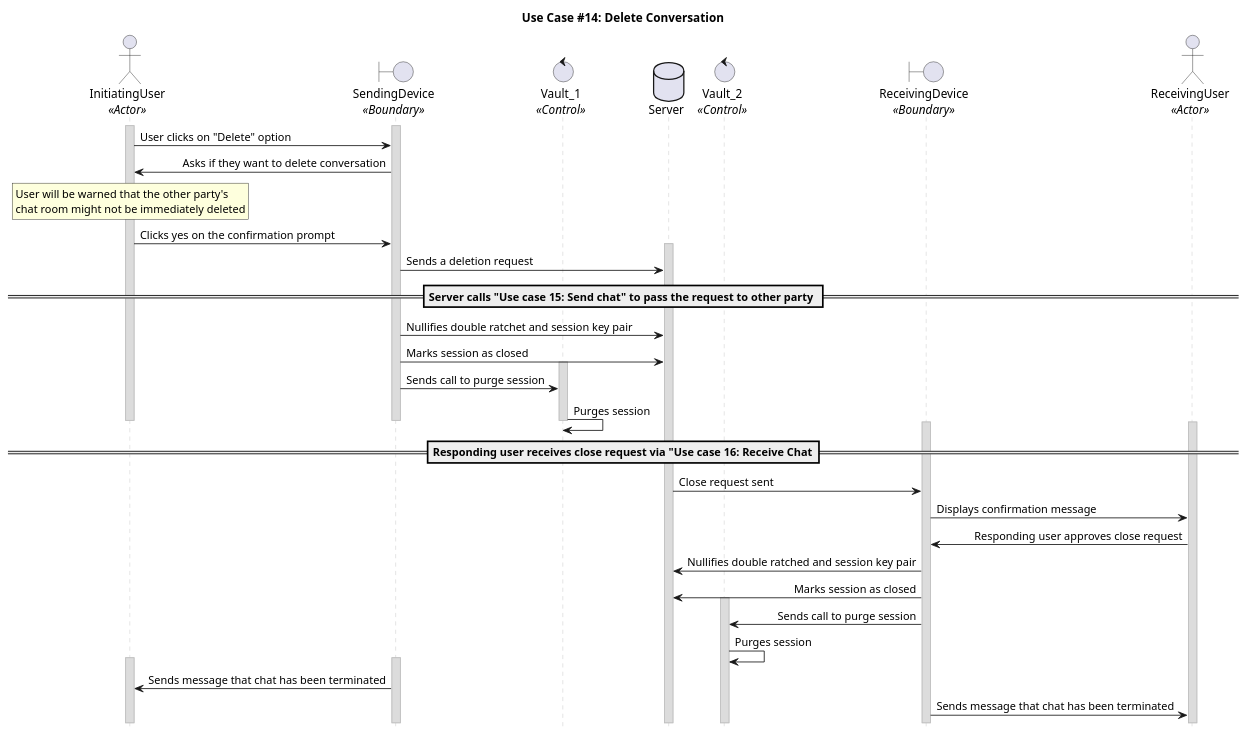
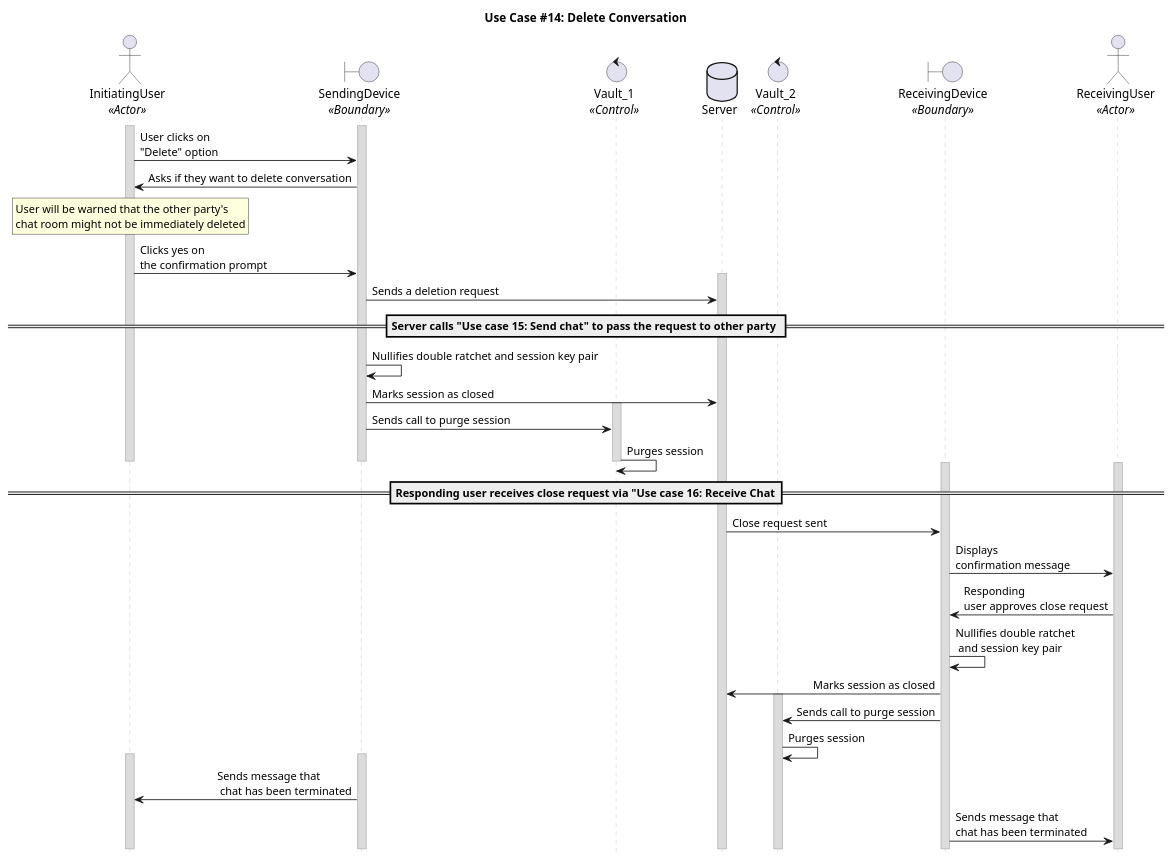
The diagram in uc_14.puml (CECS-491-SP24-Group-1/seq-diagrams), drawn with PlantUML before and after one commit.

Commit message:
done use case 14

```diff
--- a/uc_14.puml
+++ b/uc_14.puml
@@ -2,74 +2,74 @@
 @startuml uc14
 title "Use Case #14: Delete Conversation"
 
 'Styling goes here
 hide footbox
 skinparam stereotypePosition bottom
 skinparam sequenceMessageAlign direction
 skinparam sequence {
 	LifeLineBorderColor #Silver
 	LifeLineBackgroundColor #Gainsboro
 }
 
 'Setup the objects involved here
 Actor InitiatingUser as IUser <<Actor>>
 boundary SendingDevice as d1 <<Boundary>>
 control Vault_1 as v1 <<Control>>
 database Server as Server
 
 control Vault_2 as v2<<Control>>
 boundary ReceivingDevice as d2 <<Boundary>>
 Actor ReceivingUser as RUser <<Actor>>
 
 
 
 'Setup persistent objects here
 activate IUser
 activate d1
 
 '--- FLOW OF CONTROL STARTS HERE ---
-IUser -> d1 : User clicks on "Delete" option
+IUser -> d1 : User clicks on \n"Delete" option
 d1 -> IUser : Asks if they want to delete conversation
 
 rnote over IUser
 User will be warned that the other party's 
 chat room might not be immediately deleted
 endrnote
 
-IUser -> d1: Clicks yes on the confirmation prompt
+IUser -> d1: Clicks yes on \nthe confirmation prompt
 activate Server
 d1 -> Server: Sends a deletion request 
 
 ==Server calls "Use case 15: Send chat" to pass the request to other party ==
 
-d1 -> Server: Nullifies double ratchet and session key pair
+d1 -> d1: Nullifies double ratchet and session key pair
 d1 -> Server: Marks session as closed
 activate v1
 d1 -> v1 : Sends call to purge session
 v1 -> v1: Purges session 
 
 deactivate IUser
 deactivate d1
 deactivate v1
 ==Responding user receives close request via "Use case 16: Receive Chat==
 
 'Receiving user activation
 activate RUser
 activate d2
 
 Server -> d2: Close request sent
-d2-> RUser: Displays confirmation message
-RUser -> d2 : Responding user approves close request
-d2 -> Server: Nullifies double ratched and session key pair
+d2-> RUser: Displays \nconfirmation message
+RUser -> d2 : Responding \nuser approves close request
+d2 -> d2: Nullifies double ratchet\n and session key pair
 d2 -> Server: Marks session as closed
 activate v2
 d2 -> v2: Sends call to purge session 
 v2 -> v2: Purges session
 
 activate IUser
 activate d1
-d1 -> IUser: Sends message that chat has been terminated
-d2 -> RUser: Sends message that chat has been terminated
+d1 -> IUser: Sends message that\n chat has been terminated
+d2 -> RUser: Sends message that\nchat has been terminated
 '--- FLOW OF CONTROL ENDS HERE   ---
 
 @enduml
```
